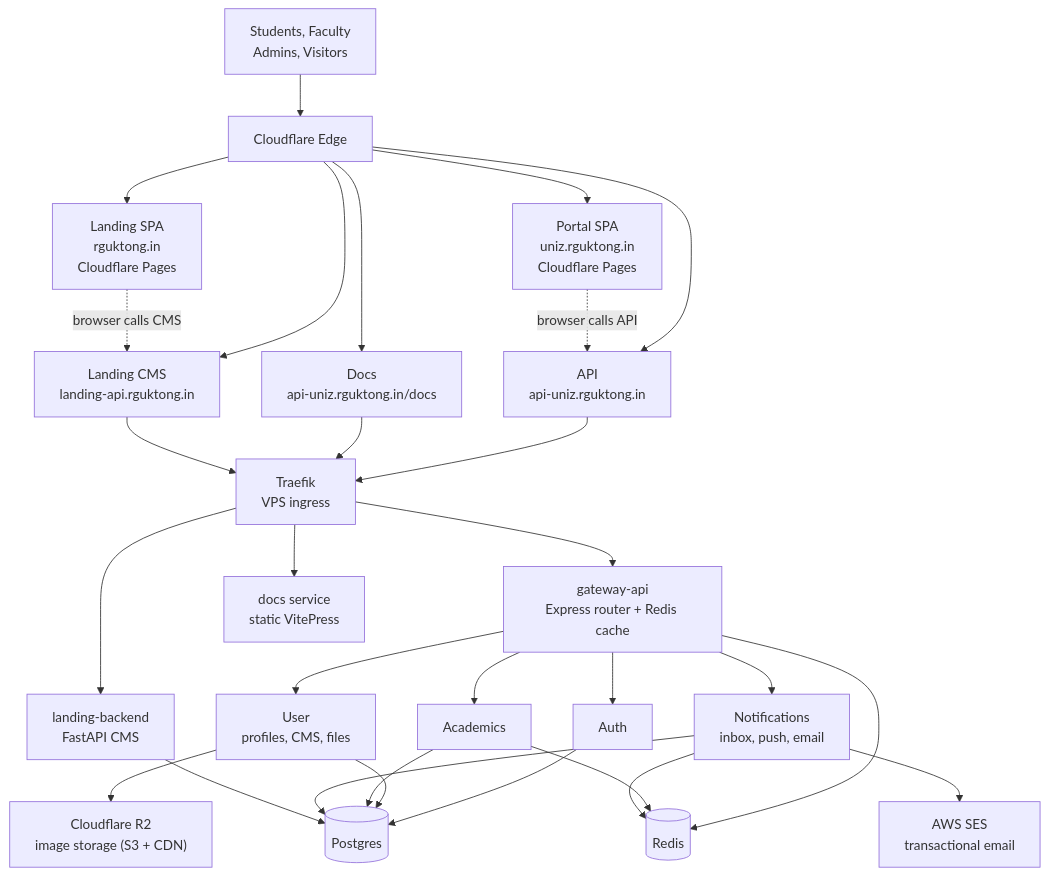
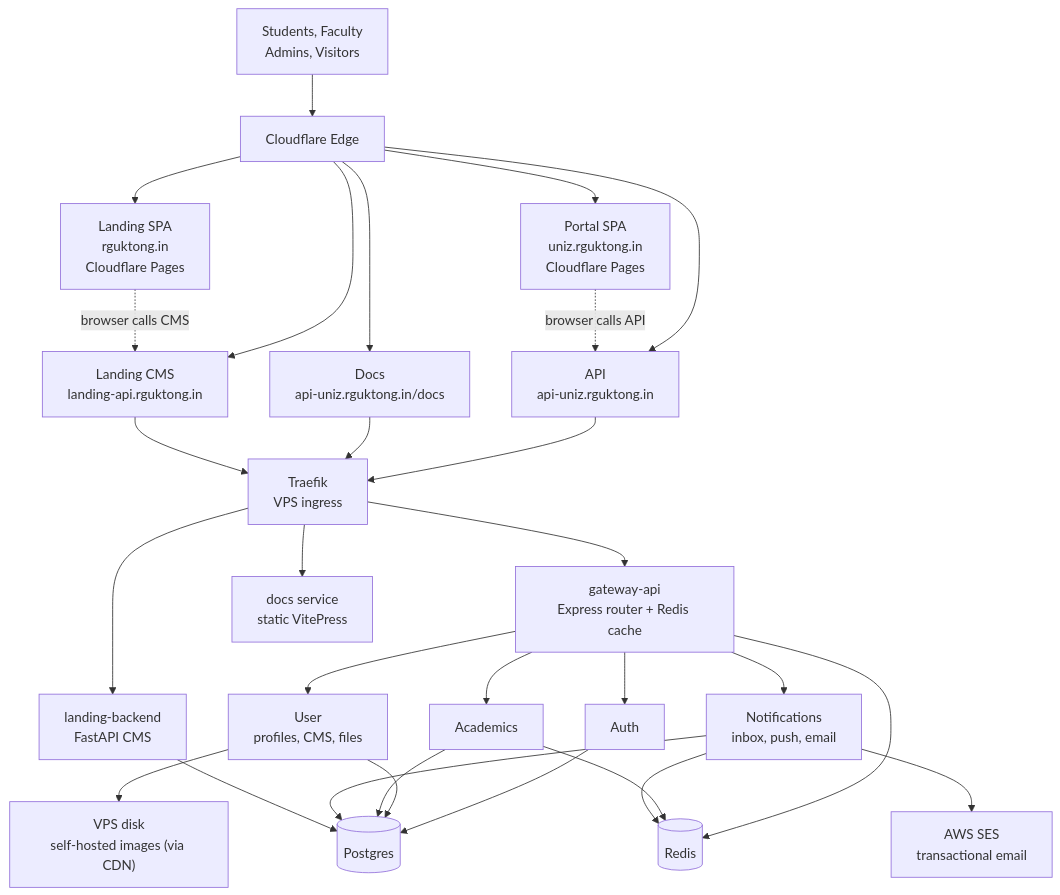
Before and after one commit to uniz-rguktong/uniz-master: the first of 2 diagrams in README.md, drawn with Mermaid. The commit also changed other lines of this file and 25 other files, not shown here.

First line of the commit message:
feat(images): self-host image uploads on the VPS (replace Cloudinary; no R2/billing) (#125)

````diff
--- a/README.md
+++ b/README.md
@@ -9,39 +9,39 @@
 ```mermaid
 flowchart TB
   Users["Students, Faculty<br/>Admins, Visitors"] --> CF["Cloudflare Edge"]
 
   CF --> Portal["Portal SPA<br/>uniz.rguktong.in<br/>Cloudflare Pages"]
   CF --> Landing["Landing SPA<br/>rguktong.in<br/>Cloudflare Pages"]
   CF --> API["API<br/>api-uniz.rguktong.in"]
   CF --> Docs["Docs<br/>api-uniz.rguktong.in/docs"]
   CF --> LandingAPI["Landing CMS<br/>landing-api.rguktong.in"]
 
   API --> Traefik["Traefik<br/>VPS ingress"]
   Docs --> Traefik
   LandingAPI --> Traefik
 
   Traefik --> GW["gateway-api<br/>Express router + Redis cache"]
   Traefik --> DocsSvc["docs service<br/>static VitePress"]
   Traefik --> LandingBE["landing-backend<br/>FastAPI CMS"]
 
   GW --> Auth["Auth"]
   GW --> User["User<br/>profiles, CMS, files"]
   GW --> Academics["Academics"]
   GW --> Notif["Notifications<br/>inbox, push, email"]
 
   Auth --> PG[("Postgres")]
   User --> PG
   Academics --> PG
   Notif --> PG
   LandingBE --> PG
 
   GW --> Redis[("Redis")]
   Academics --> Redis
   Notif --> Redis
 
-  User --> R2["Cloudflare R2<br/>image storage (S3 + CDN)"]
+  User --> Uploads["VPS disk<br/>self-hosted images (via CDN)"]
   Notif --> SES["AWS SES<br/>transactional email"]
 
   Portal -.->|browser calls API| API
   Landing -.->|browser calls CMS| LandingAPI
 ```
````
